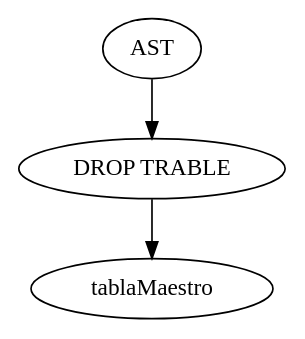
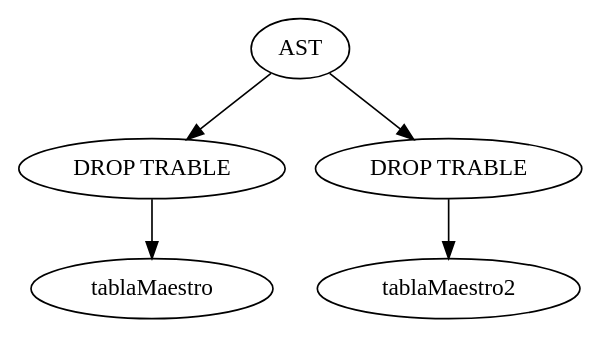
Before and after one commit to EdilsonJimenez/compi2-proyecto: the diagram in Grafo.dot, drawn with Graphviz. The commit also changed 10 other files, not shown here.

```diff
--- a/Grafo.dot
+++ b/Grafo.dot
@@ -1,8 +1,12 @@
 digraph G{
 rankdir = TB; 
 Node0[label="AST"]
 Node1[label="DROP TRABLE"]
 Node0->Node1;
 Node2[label="tablaMaestro"]
 Node1->Node2;
+Node3[label="DROP TRABLE"]
+Node0->Node3;
+Node4[label="tablaMaestro2"]
+Node3->Node4;
 }
```
